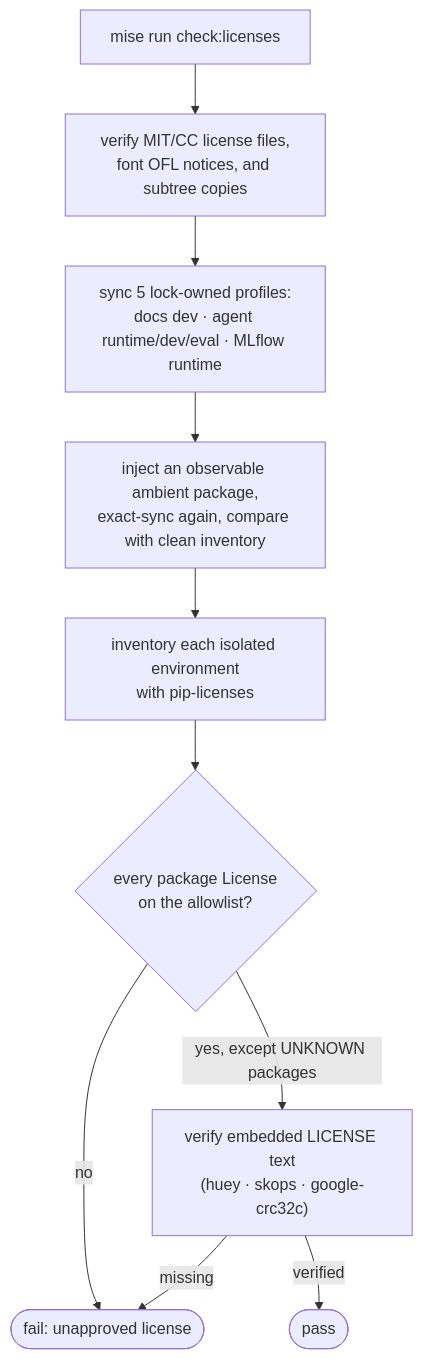
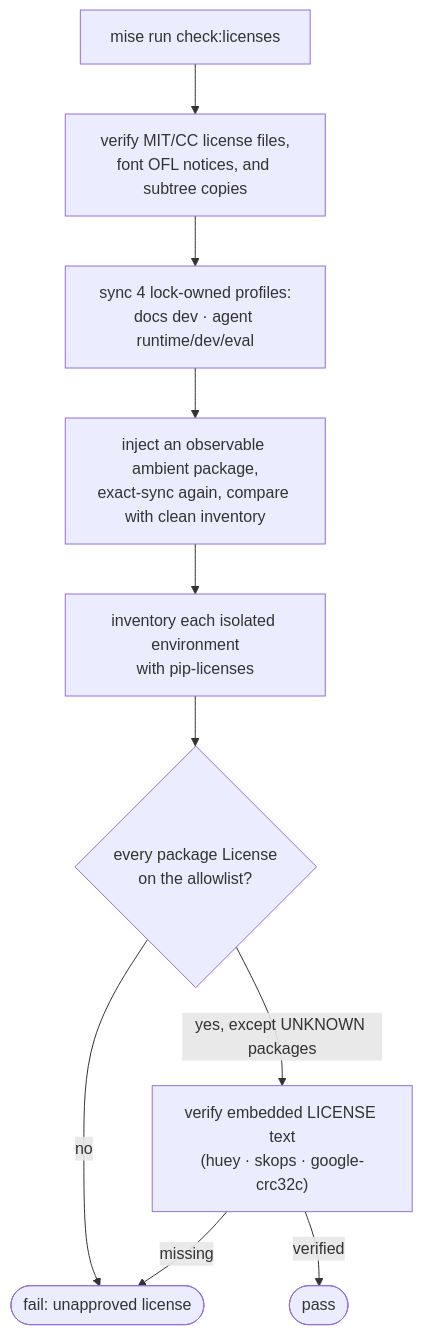
The second of 2 diagrams in content/8. Community/8.1. License.md (LuiGGi629/agentops-open-course), drawn with Mermaid before and after one commit. The commit also changed other lines of this file and 88 other files, not shown here.

````diff
--- a/content/8. Community/8.1. License.md
+++ b/content/8. Community/8.1. License.md
@@ -116,12 +116,12 @@
 ```mermaid
 flowchart TD
     A["mise run check:licenses"] --> B["verify MIT/CC license files,<br/>font OFL notices, and subtree copies"]
-    B --> C["sync 5 lock-owned profiles:<br/>docs dev · agent runtime/dev/eval · MLflow runtime"]
+    B --> C["sync 4 lock-owned profiles:<br/>docs dev · agent runtime/dev/eval"]
     C --> C1["inject an observable ambient package,<br/>exact-sync again, compare with clean inventory"]
     C1 --> C2["inventory each isolated environment<br/>with pip-licenses"]
     C2 --> D{"every package License<br/>on the allowlist?"}
     D -->|no| F([fail: unapproved license])
     D -->|"yes, except UNKNOWN packages"| E["verify embedded LICENSE text<br/>(huey · skops · google-crc32c)"]
     E -->|missing| F
     E -->|verified| G([pass])
 ```
````
